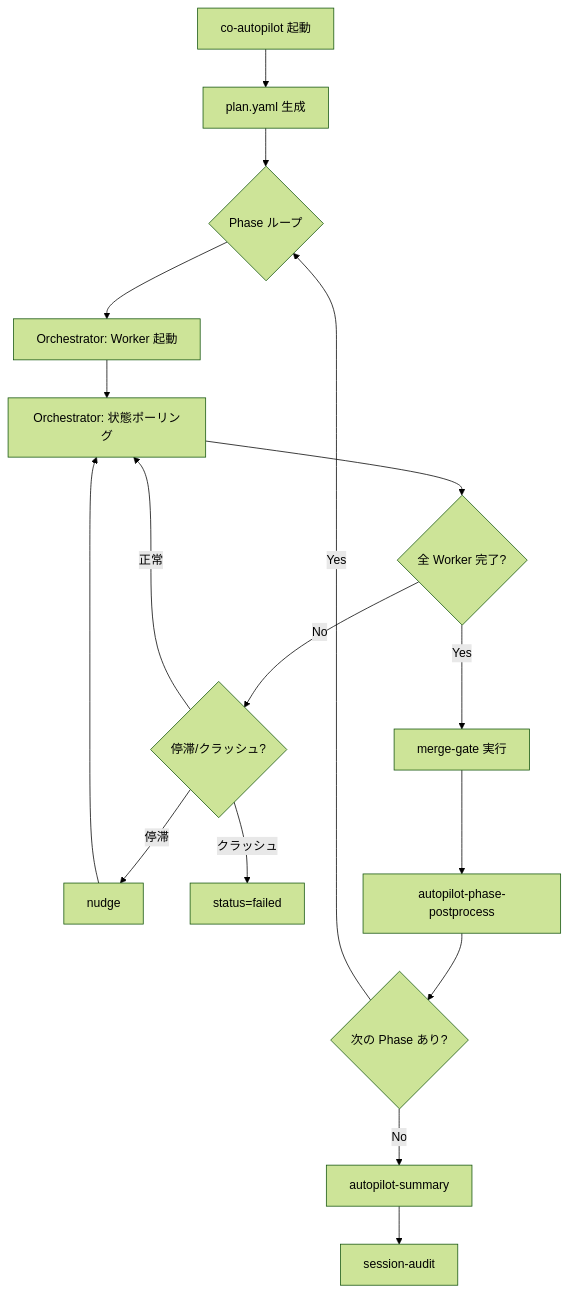
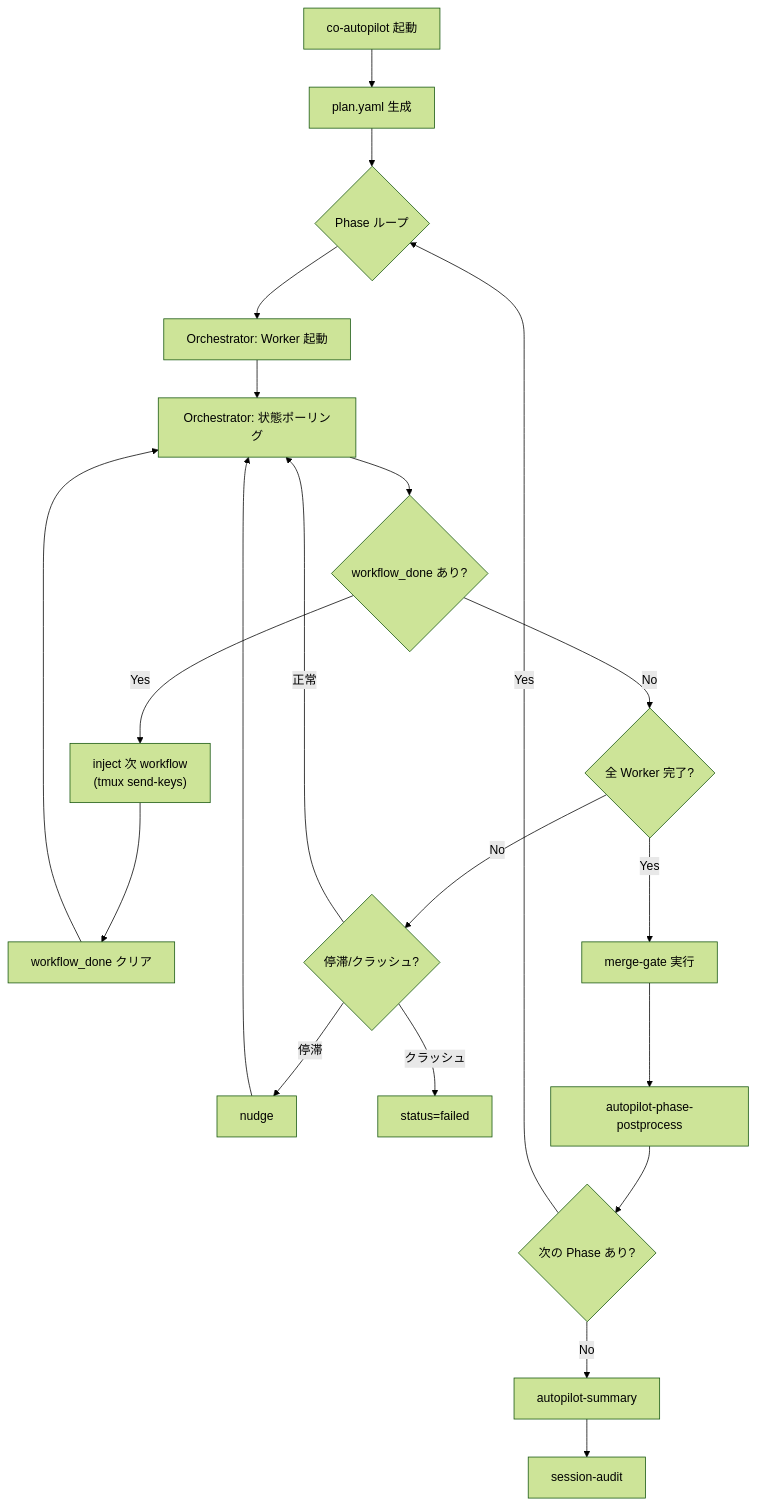
One commit to shuu5/twill changed the first of 3 diagrams in plugins/twl/architecture/domain/contexts/autopilot.md. Above: the diagram before and after it, drawn with Mermaid (forest theme). The commit also changed other lines of this file and 1 other file, not shown here.

First line of the commit message:
docs(autopilot): ADR-014/015 を architecture spec に反映

````diff
--- a/plugins/twl/architecture/domain/contexts/autopilot.md
+++ b/plugins/twl/architecture/domain/contexts/autopilot.md
@@ -72,19 +72,23 @@
 ```mermaid
 flowchart TD
     A[co-autopilot 起動] --> B[plan.yaml 生成]
     B --> C{Phase ループ}
     C --> D["Orchestrator: Worker 起動"]
     D --> E["Orchestrator: 状態ポーリング"]
-    E --> F{全 Worker 完了?}
+    E --> P{workflow_done あり?}
+    P -- Yes --> Q["inject 次 workflow\n(tmux send-keys)"]
+    Q --> R[workflow_done クリア]
+    R --> E
+    P -- No --> F{全 Worker 完了?}
     F -- No --> G{停滞/クラッシュ?}
     G -- 停滞 --> H[nudge]
     G -- クラッシュ --> I[status=failed]
     G -- 正常 --> E
     H --> E
     F -- Yes --> J[merge-gate 実行]
     J --> K[autopilot-phase-postprocess]
     K --> L{次の Phase あり?}
     L -- Yes --> C
     L -- No --> M[autopilot-summary]
     M --> N[session-audit]
 ```
````
